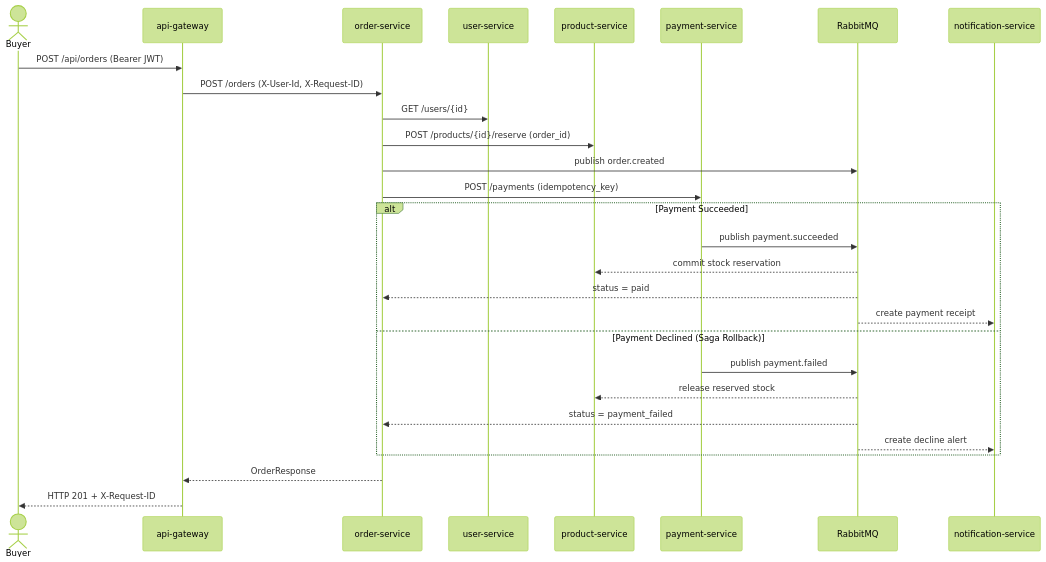
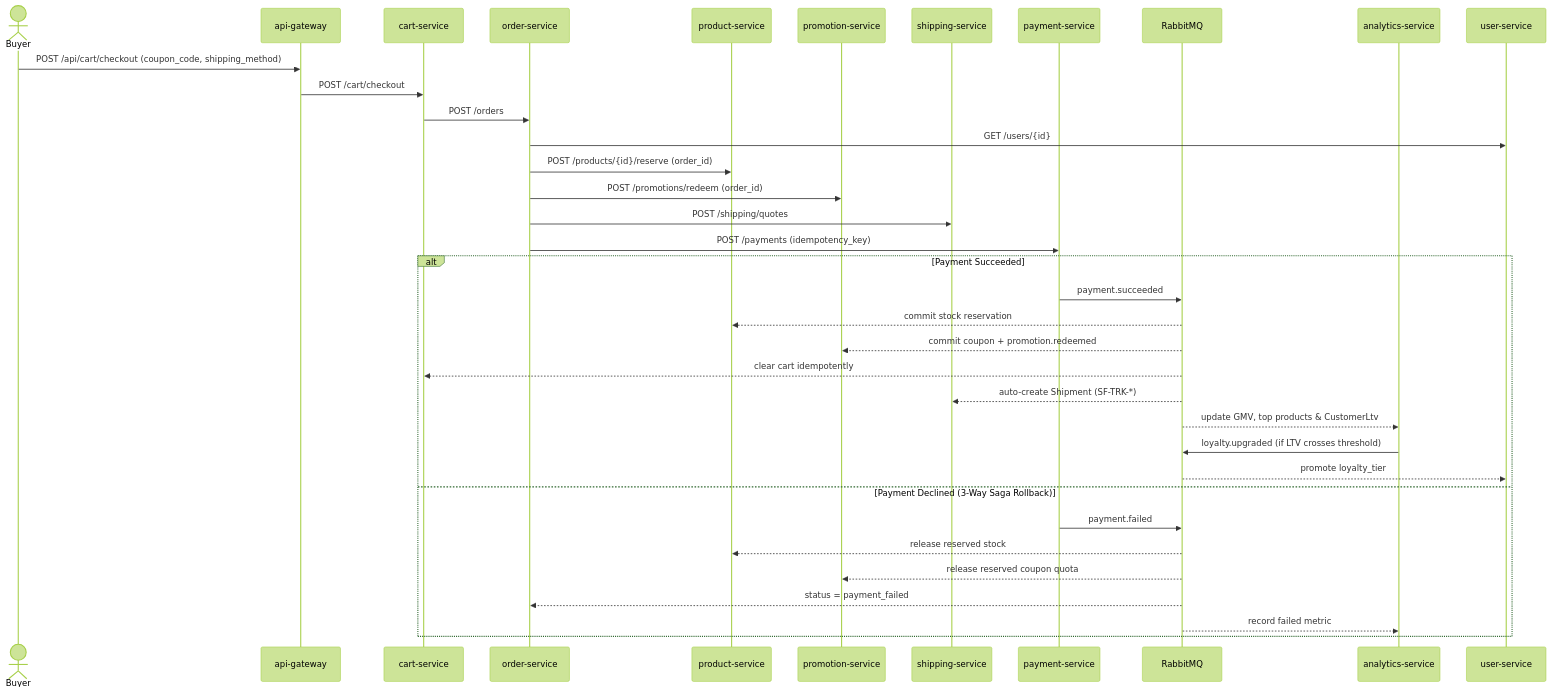
One commit to kboddya/PAD-LAB2 changed the second of 2 diagrams in docs/architecture.md. Above: the diagram before and after it, drawn with Mermaid (forest theme). The commit also changed other lines of this file and 24 other files, not shown here.

````diff
--- a/docs/architecture.md
+++ b/docs/architecture.md
@@ -39,31 +57,39 @@
 ```mermaid
 sequenceDiagram
     actor Buyer
     participant GW as api-gateway
+    participant Cart as cart-service
     participant Order as order-service
-    participant User as user-service
     participant Prod as product-service
+    participant Promo as promotion-service
+    participant Ship as shipping-service
     participant Pay as payment-service
     participant MQ as RabbitMQ
-    participant Notif as notification-service
+    participant Ana as analytics-service
+    participant User as user-service
 
-    Buyer->>GW: POST /api/orders (Bearer JWT)
-    GW->>Order: POST /orders (X-User-Id, X-Request-ID)
+    Buyer->>GW: POST /api/cart/checkout (coupon_code, shipping_method)
+    GW->>Cart: POST /cart/checkout
+    Cart->>Order: POST /orders
     Order->>User: GET /users/{id}
     Order->>Prod: POST /products/{id}/reserve (order_id)
-    Order->>MQ: publish order.created
+    Order->>Promo: POST /promotions/redeem (order_id)
+    Order->>Ship: POST /shipping/quotes
     Order->>Pay: POST /payments (idempotency_key)
     alt Payment Succeeded
-        Pay->>MQ: publish payment.succeeded
+        Pay->>MQ: payment.succeeded
         MQ-->>Prod: commit stock reservation
-        MQ-->>Order: status = paid
-        MQ-->>Notif: create payment receipt
-    else Payment Declined (Saga Rollback)
-        Pay->>MQ: publish payment.failed
+        MQ-->>Promo: commit coupon + promotion.redeemed
+        MQ-->>Cart: clear cart idempotently
+        MQ-->>Ship: auto-create Shipment (SF-TRK-*)
+        MQ-->>Ana: update GMV, top products & CustomerLtv
+        Ana->>MQ: loyalty.upgraded (if LTV crosses threshold)
+        MQ-->>User: promote loyalty_tier
+    else Payment Declined (3-Way Saga Rollback)
+        Pay->>MQ: payment.failed
         MQ-->>Prod: release reserved stock
+        MQ-->>Promo: release reserved coupon quota
         MQ-->>Order: status = payment_failed
-        MQ-->>Notif: create decline alert
+        MQ-->>Ana: record failed metric
     end
-    Order-->>GW: OrderResponse
-    GW-->>Buyer: HTTP 201 + X-Request-ID
 ```
````
